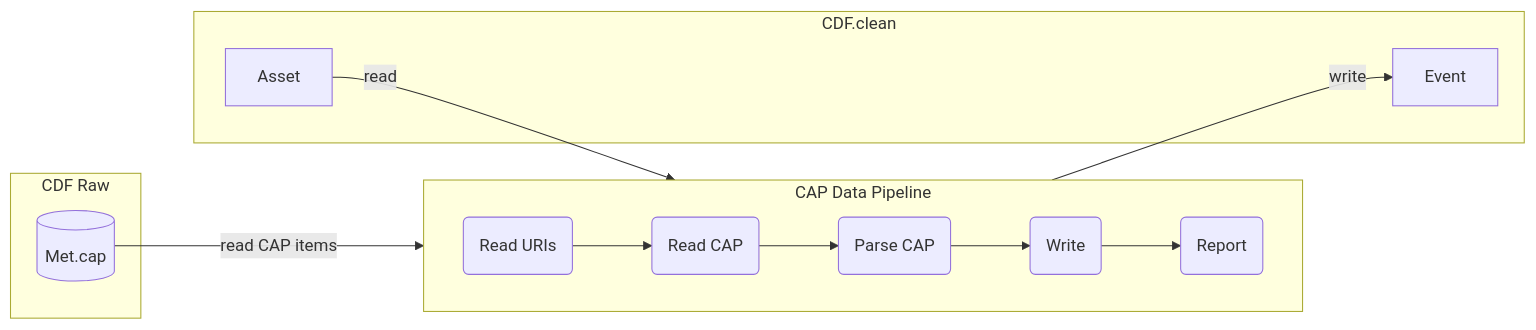
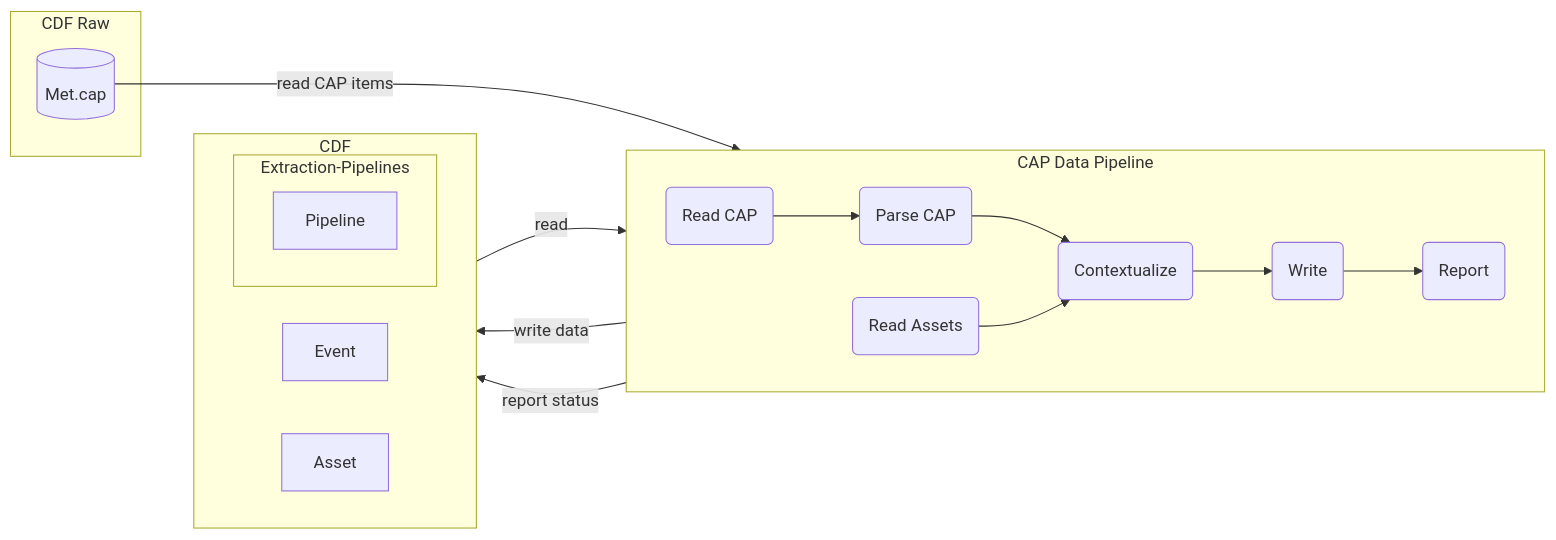
Before and after one commit to cognitedata/cdf-sdk-java-examples: the diagram in 23-met-alerts-cap-pipeline/README.md, drawn with Mermaid.

Commit message:
update diagram

````diff
--- a/23-met-alerts-cap-pipeline/README.md
+++ b/23-met-alerts-cap-pipeline/README.md
@@ -17,23 +17,29 @@
 ```mermaid
 flowchart LR
     subgraph raw [CDF Raw]
         1A[(Met.cap)]
     end
     subgraph cap [CAP Data Pipeline]
         direction LR
-        2A(Read URIs)
-        2B(Read CAP)
-        2C(Parse CAP)
-        2D(Write)
-        2E(Report)
-        2A --> 2B --> 2C --> 2D
-        2D --> 2E
+        2A(Read CAP)
+        2B(Parse CAP)
+        2C(Read Assets)
+        2D(Contextualize)
+        2E(Write)
+        2F(Report)
+        2A --> 2B --> 2D --> 2E --> 2F
+        2C --> 2D
     end
-    subgraph clean [CDF.clean]
-        C[Event]
-        D[Asset]
+    subgraph cdf [CDF]
+        direction LR
+        3C[Event]
+        3D[Asset]
+        subgraph ep [Extraction-Pipelines]
+            31A[Pipeline]
+        end
     end
-    1A --->|read CAP items| cap
-    cap -->|write| C
-    D -->|read| cap
+    1A --->|read CAP items| 2A
+    3D -->|read| 2C
+    2E -->|write data| 3C
+    2F -->|report status| 31A
 ```
````
